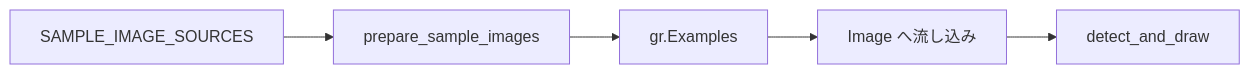
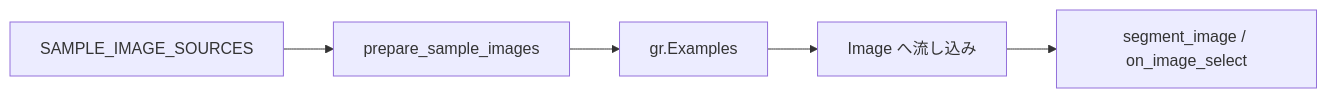
Before and after one commit to yryo1005/OpenCampus_Demo: the second of 3 diagrams in document.md, drawn with Mermaid. The commit also changed other lines of this file and 3 other files, not shown here.

````diff
--- a/document.md
+++ b/document.md
@@ -48,7 +50,7 @@
 ```mermaid
 flowchart LR
     S1[SAMPLE_IMAGE_SOURCES] --> S2[prepare_sample_images]
     S2 --> S3[gr.Examples]
     S3 --> S4[Image へ流し込み]
-    S4 --> S5[detect_and_draw]
+    S4 --> S5[segment_image / on_image_select]
 ```
````
